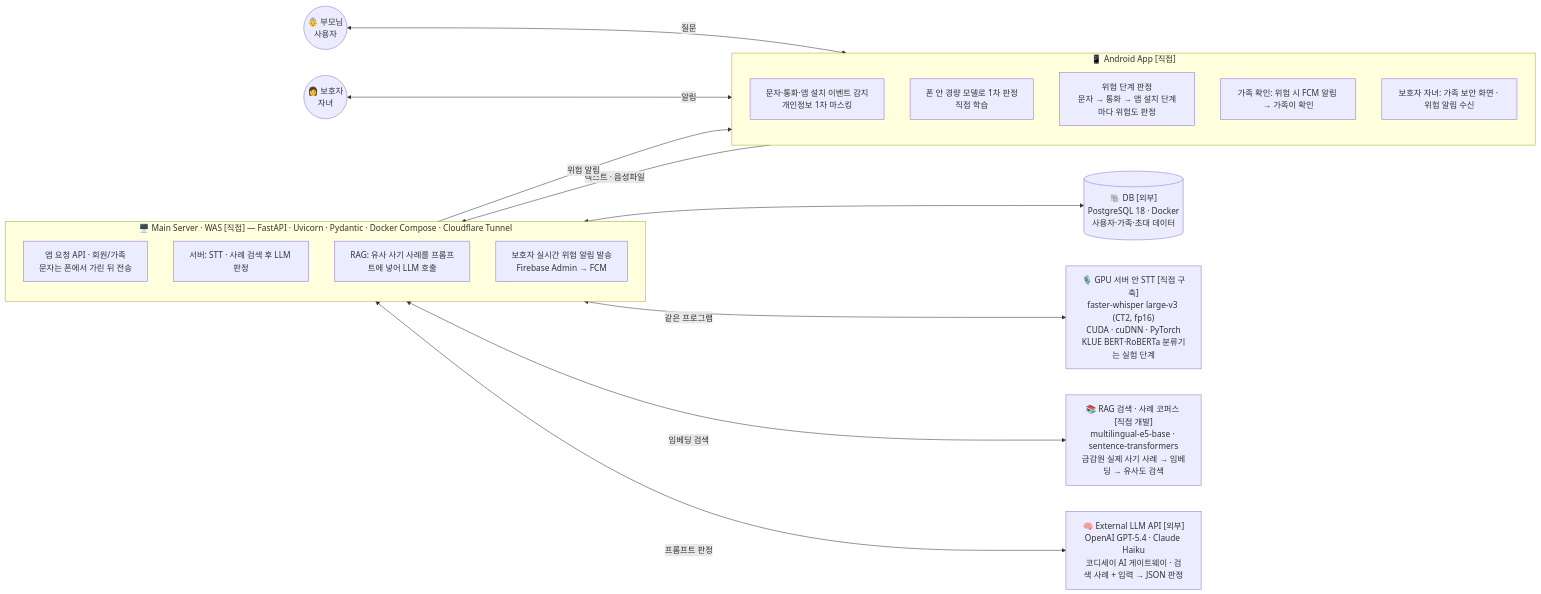
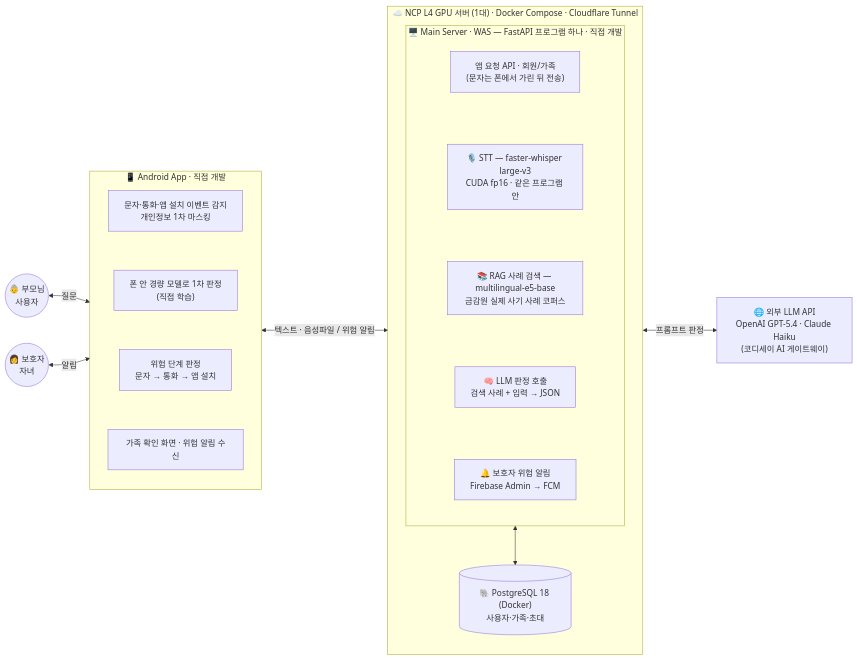
Before and after one commit to jha21vvv/26codyssey_hackerton: the diagram in README.md, drawn with Mermaid. The commit also changed other lines of this file, not shown here.

Commit message:
Improve README formatting and system architecture details
Updated the README.md to enhance formatting and clarity, including adjustments to the system architecture diagram and descriptions.

````diff
--- a/README.md
+++ b/README.md
@@ -101,28 +101,36 @@
 ```mermaid
 flowchart LR
-    P((👵 부모님<br/>사용자)) <-->|질문| APP
-    G((👩 보호자<br/>자녀)) <-->|알림| APP
+    P((👵 부모님<br/>사용자))
+    G((👩 보호자<br/>자녀))
 
-    subgraph APP["📱 Android App [직접]"]
-        A1[문자·통화·앱 설치 이벤트 감지<br/>개인정보 1차 마스킹]
-        A2[폰 안 경량 모델로 1차 판정<br/>직접 학습]
-        A3[위험 단계 판정<br/>문자 → 통화 → 앱 설치 단계마다 위험도 판정]
-        A4[가족 확인: 위험 시 FCM 알림 → 가족이 확인]
-        A5[보호자 자녀: 가족 보안 화면 · 위험 알림 수신]
+    subgraph APP["📱 Android App · 직접 개발"]
+        direction TB
+        A1["문자·통화·앱 설치 이벤트 감지<br/>개인정보 1차 마스킹"]
+        A2["폰 안 경량 모델로 1차 판정<br/>(직접 학습)"]
+        A3["위험 단계 판정<br/>문자 → 통화 → 앱 설치"]
+        A4["가족 확인 화면 · 위험 알림 수신"]
+        A1 ~~~ A2 ~~~ A3 ~~~ A4
     end
 
-    APP -->|텍스트 · 음성파일| WAS
-    WAS -->|위험 알림| APP
-
-    subgraph WAS["🖥️ Main Server · WAS [직접] — FastAPI · Uvicorn · Pydantic · Docker Compose · Cloudflare Tunnel"]
-        W1[앱 요청 API · 회원/가족<br/>문자는 폰에서 가린 뒤 전송]
-        W2[서버: STT · 사례 검색 후 LLM 판정]
-        W3[RAG: 유사 사기 사례를 프롬프트에 넣어 LLM 호출]
-        W4[보호자 실시간 위험 알림 발송<br/>Firebase Admin → FCM]
+    subgraph SRV["☁️ NCP L4 GPU 서버 (1대) · Docker Compose · Cloudflare Tunnel"]
+        direction TB
+        subgraph WAS["🖥️ Main Server · WAS — FastAPI 프로그램 하나 · 직접 개발"]
+            direction TB
+            W1["앱 요청 API · 회원/가족<br/>(문자는 폰에서 가린 뒤 전송)"]
+            W2["🎙️ STT — faster-whisper large-v3<br/>CUDA fp16 · 같은 프로그램 안"]
+            W3["📚 RAG 사례 검색 — multilingual-e5-base<br/>금감원 실제 사기 사례 코퍼스"]
+            W4["🧠 LLM 판정 호출<br/>검색 사례 + 입력 → JSON"]
+            W5["🔔 보호자 위험 알림<br/>Firebase Admin → FCM"]
+            W1 ~~~ W2 ~~~ W3 ~~~ W4 ~~~ W5
+        end
+        DB[("🐘 PostgreSQL 18 (Docker)<br/>사용자·가족·초대")]
     end
 
-    WAS <--> DB[("🐘 DB [외부]<br/>PostgreSQL 18 · Docker<br/>사용자·가족·초대 데이터")]
-    WAS <-->|같은 프로그램| STT["🎙️ GPU 서버 안 STT [직접 구축]<br/>faster-whisper large-v3 (CT2, fp16)<br/>CUDA · cuDNN · PyTorch<br/>KLUE BERT·RoBERTa 분류기는 실험 단계"]
-    WAS <-->|임베딩 검색| RAG["📚 RAG 검색 · 사례 코퍼스 [직접 개발]<br/>multilingual-e5-base · sentence-transformers<br/>금감원 실제 사기 사례 → 임베딩 → 유사도 검색"]
-    WAS <-->|프롬프트 판정| LLM["🧠 External LLM API [외부]<br/>OpenAI GPT-5.4 · Claude Haiku<br/>코디세이 AI 게이트웨이 · 검색 사례 + 입력 → JSON 판정"]
+    LLM["🌐 외부 LLM API<br/>OpenAI GPT-5.4 · Claude Haiku<br/>(코디세이 AI 게이트웨이)"]
+
+    P <-->|질문| APP
+    G <-->|알림| APP
+    APP <-->|텍스트 · 음성파일 / 위험 알림| WAS
+    WAS <--> DB
+    WAS <-->|프롬프트 판정| LLM
 ```
````
